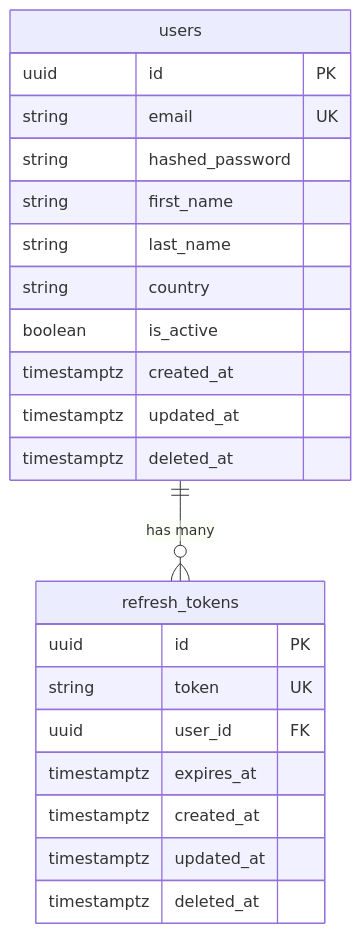
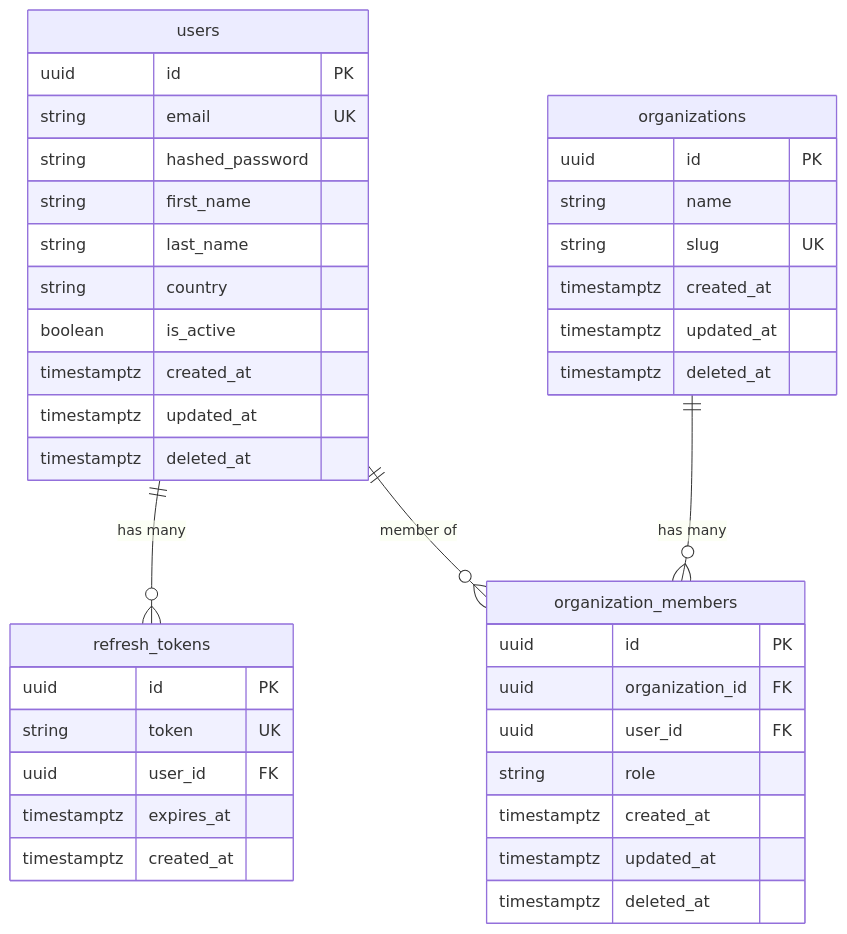
Before and after one commit to lucas-lawrence/fastapi-react-saas-starter: the diagram in backend/docs/data/erd.md, drawn with Mermaid. The commit also changed other lines of this file and 7 other files, not shown here.

````diff
--- a/backend/docs/data/erd.md
+++ b/backend/docs/data/erd.md
@@ -5,27 +5,46 @@
 ```mermaid
 erDiagram
     users {
         uuid id PK
         string email UK
         string hashed_password
         string first_name
         string last_name
         string country
         boolean is_active
         timestamptz created_at
         timestamptz updated_at
         timestamptz deleted_at
     }
 
     refresh_tokens {
         uuid id PK
         string token UK
         uuid user_id FK
         timestamptz expires_at
         timestamptz created_at
+    }
+
+    organizations {
+        uuid id PK
+        string name
+        string slug UK
+        timestamptz created_at
+        timestamptz updated_at
+        timestamptz deleted_at
+    }
+
+    organization_members {
+        uuid id PK
+        uuid organization_id FK
+        uuid user_id FK
+        string role
+        timestamptz created_at
         timestamptz updated_at
         timestamptz deleted_at
     }
 
     users ||--o{ refresh_tokens : "has many"
+    organizations ||--o{ organization_members : "has many"
+    users ||--o{ organization_members : "member of"
 ```
````
